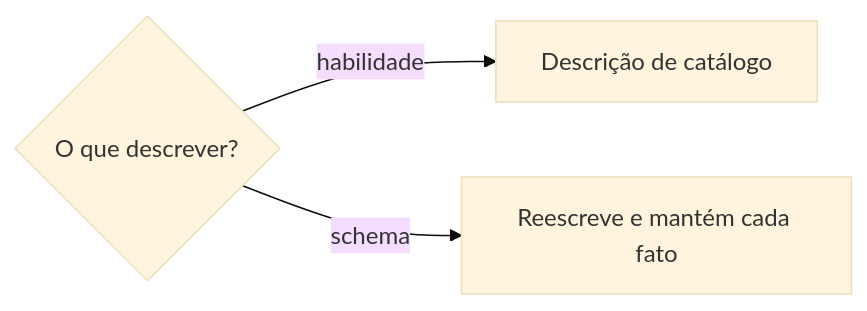
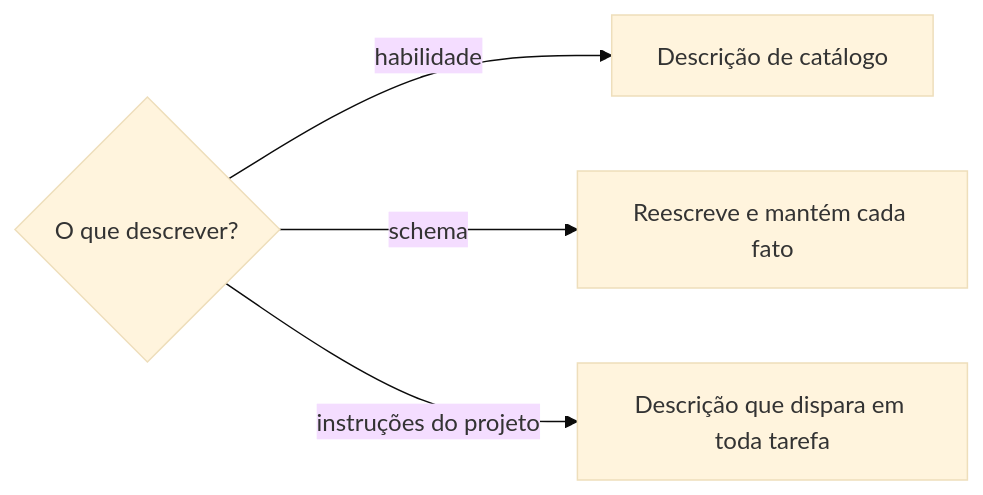
Before and after one commit to jimmyandrade/harness: the diagram in .agents/skills/descrever-habilidade-ou-schema/SKILL.md, drawn with Mermaid (base theme). The commit also changed other lines of this file and 3 other files, not shown here.

````diff
--- a/.agents/skills/descrever-habilidade-ou-schema/SKILL.md
+++ b/.agents/skills/descrever-habilidade-ou-schema/SKILL.md
@@ -33,5 +33,6 @@
 ```mermaid
 flowchart LR
   A{O que descrever?} -->|habilidade| B[Descrição de catálogo]
   A -->|schema| C[Reescreve e mantém cada fato]
+  A -->|instruções do projeto| D[Descrição que dispara em toda tarefa]
 ```
````
